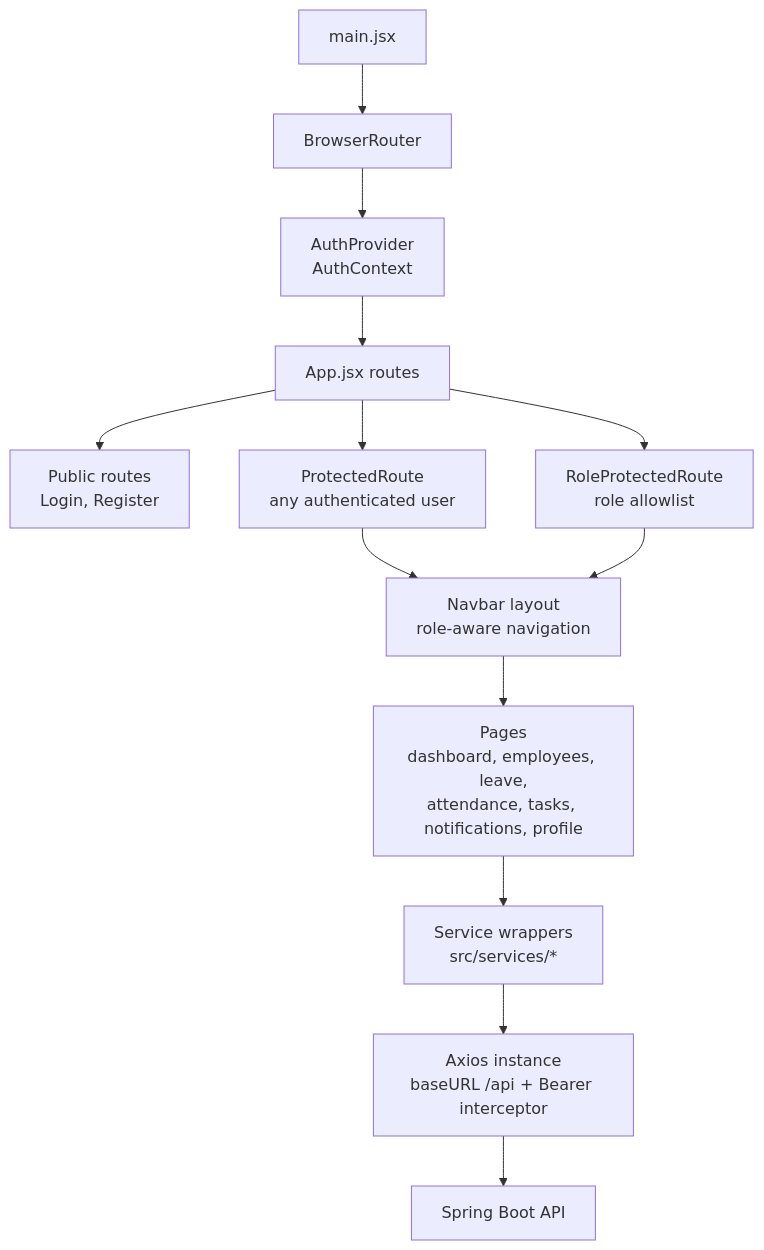
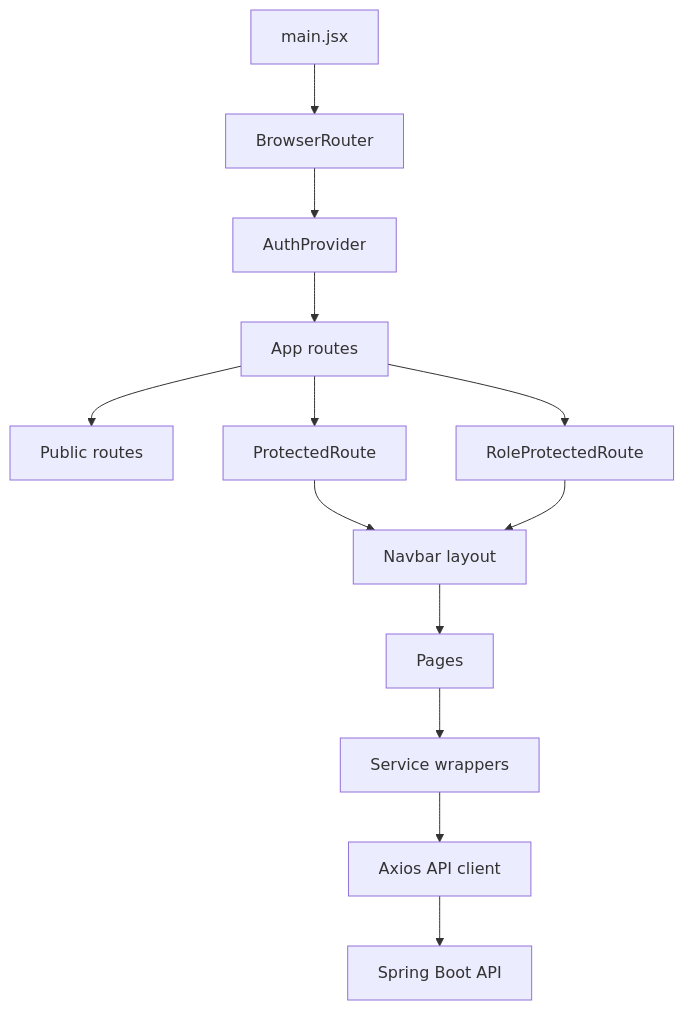
Before and after one commit to Lalmohan04/employee-management-system: the fourth of 10 diagrams in docs/ARCHITECTURE.md, drawn with Mermaid. The commit also changed other lines of this file, not shown here.

First line of the commit message:
docs: fix Mermaid diagrams for GitHub rendering

````diff
--- a/docs/ARCHITECTURE.md
+++ b/docs/ARCHITECTURE.md
@@ -164,18 +170,18 @@
 ```mermaid
-flowchart TD
-    MAIN["main.jsx"] --> BROWSER["BrowserRouter"]
-    BROWSER --> AUTH["AuthProvider<br/>AuthContext"]
-    AUTH --> APP["App.jsx routes"]
+graph TD
+    MAIN[main.jsx] --> BROWSER[BrowserRouter]
+    BROWSER --> AUTH[AuthProvider]
+    AUTH --> APP[App routes]
 
-    APP --> PUB["Public routes<br/>Login, Register"]
-    APP --> PROT["ProtectedRoute<br/>any authenticated user"]
-    APP --> ROLE["RoleProtectedRoute<br/>role allowlist"]
+    APP --> PUB[Public routes]
+    APP --> PROT[ProtectedRoute]
+    APP --> ROLE[RoleProtectedRoute]
 
-    PROT --> SHELL["Navbar layout<br/>role-aware navigation"]
+    PROT --> SHELL[Navbar layout]
     ROLE --> SHELL
 
-    SHELL --> PAGES["Pages<br/>dashboard, employees, leave,<br/>attendance, tasks, notifications, profile"]
-    PAGES --> SERVICES["Service wrappers<br/>src/services/*"]
-    SERVICES --> APIJS["Axios instance<br/>baseURL /api + Bearer interceptor"]
-    APIJS --> BACKEND["Spring Boot API"]
+    SHELL --> PAGES[Pages]
+    PAGES --> SERVICES[Service wrappers]
+    SERVICES --> APIJS[Axios API client]
+    APIJS --> BACKEND[Spring Boot API]
 ```
````
